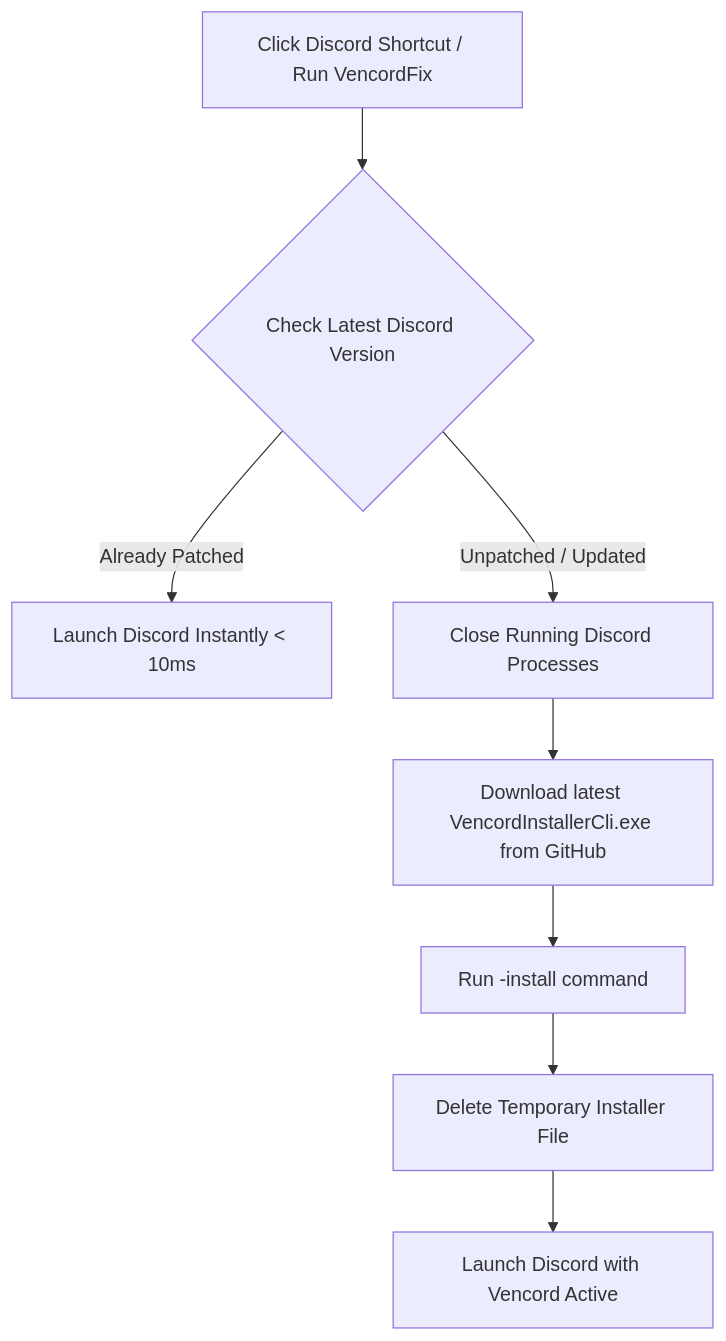
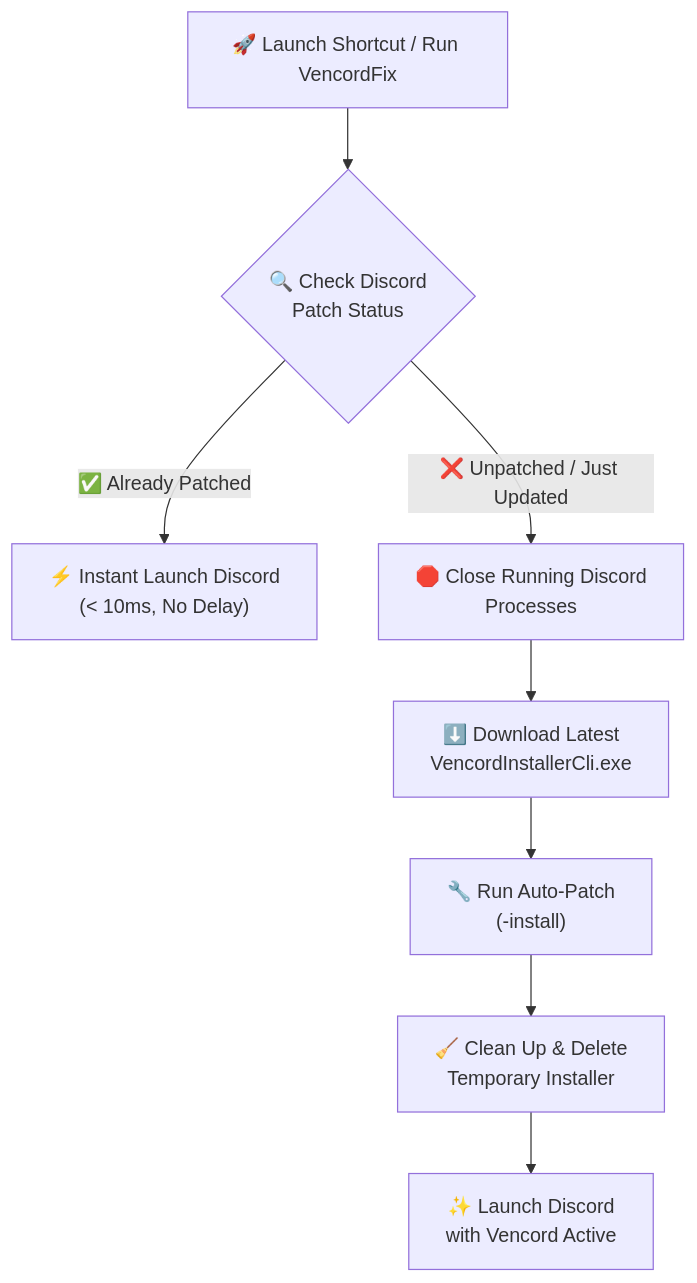
One commit to eclipse999/VencordFix changed the diagram in README.md. Above: the diagram before and after it, drawn with Mermaid. The commit also changed 1 other file, not shown here.

Commit message:
docs: fix mermaid flowchart text wrapping and clipping on GitHub

````diff
--- a/README.md
+++ b/README.md
@@ -62,10 +62,10 @@
 ```mermaid
-graph TD
-    A[Click Discord Shortcut / Run VencordFix] --> B{Check Latest Discord Version}
-    B -->|Already Patched| C[Launch Discord Instantly < 10ms]
-    B -->|Unpatched / Updated| D[Close Running Discord Processes]
-    D --> E[Download latest VencordInstallerCli.exe from GitHub]
-    E --> F[Run -install command]
-    F --> G[Delete Temporary Installer File]
-    G --> H[Launch Discord with Vencord Active]
+flowchart TD
+    A["🚀 Launch Shortcut / Run VencordFix"] --> B{"🔍 Check Discord<br/>Patch Status"}
+    B -->|"✅ Already Patched"| C["⚡ Instant Launch Discord<br/>(&lt; 10ms, No Delay)"]
+    B -->|"❌ Unpatched / Just Updated"| D["🛑 Close Running Discord<br/>Processes"]
+    D --> E["⬇️ Download Latest<br/>VencordInstallerCli.exe"]
+    E --> F["🔧 Run Auto-Patch<br/>(-install)"]
+    F --> G["🧹 Clean Up & Delete<br/>Temporary Installer"]
+    G --> H["✨ Launch Discord<br/>with Vencord Active"]
 ```
````
